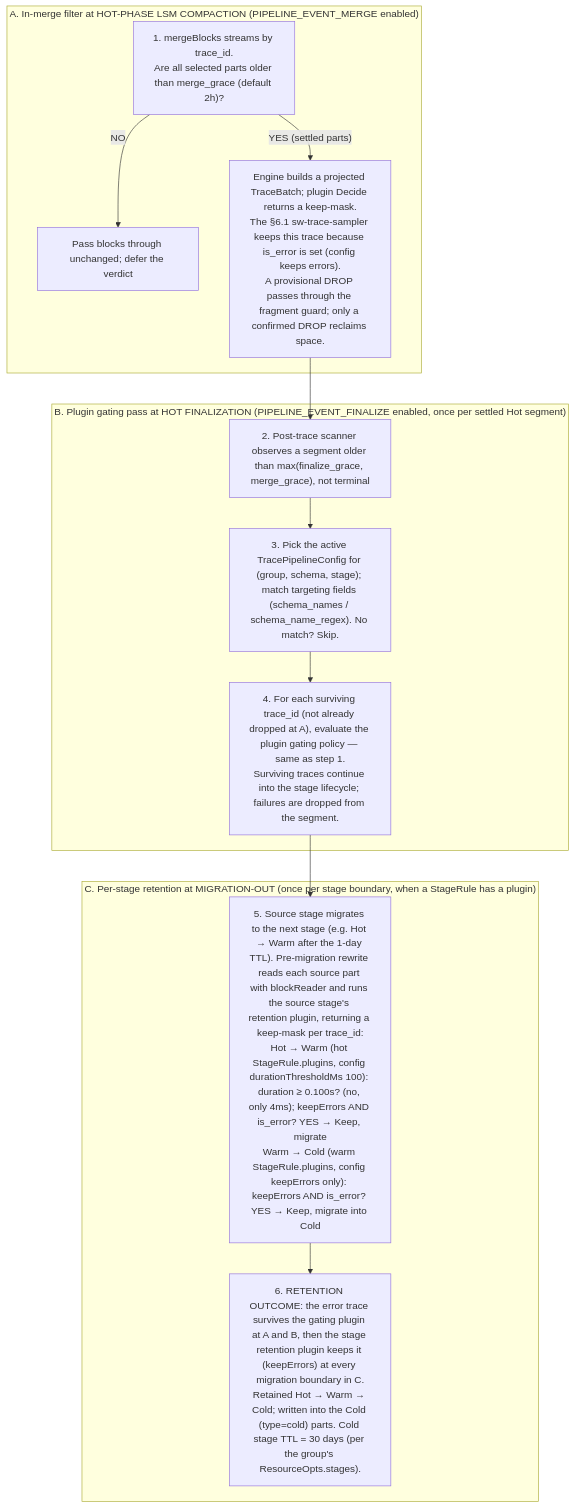
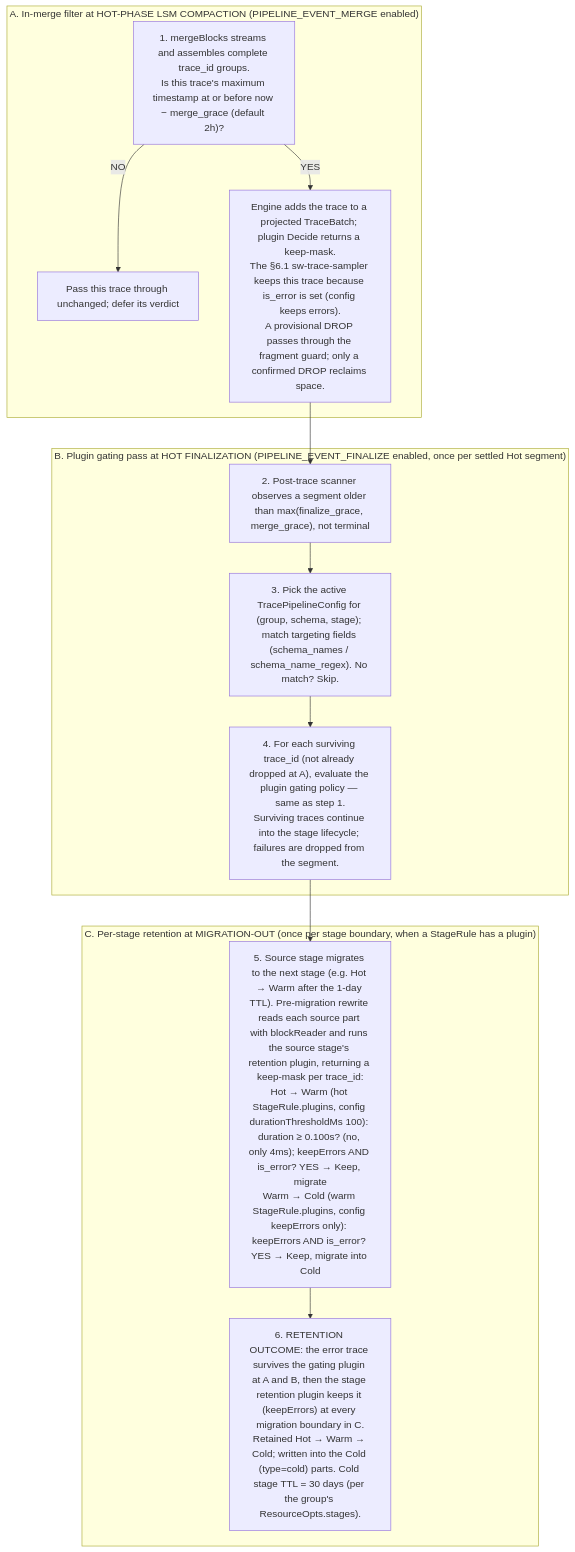
The sixth of 6 diagrams in docs/design/post-trace-pipeline.md (apache/skywalking-banyandb), drawn with Mermaid before and after one commit. The commit also changed other lines of this file and 20 other files, not shown here.

````diff
--- a/docs/design/post-trace-pipeline.md
+++ b/docs/design/post-trace-pipeline.md
@@ -719,19 +722,19 @@
 ```mermaid
 flowchart TD
     subgraph A["A. In-merge filter at HOT-PHASE LSM COMPACTION (PIPELINE_EVENT_MERGE enabled)"]
-        A1["1. mergeBlocks streams by trace_id.<br/>Are all selected parts older than merge_grace (default 2h)?"]
-        A1 -->|"NO"| A2["Pass blocks through unchanged; defer the verdict"]
-        A1 -->|"YES (settled parts)"| A3["Engine builds a projected TraceBatch; plugin Decide returns a keep-mask.<br/>The §6.1 sw-trace-sampler keeps this trace because is_error is set (config keeps errors).<br/>A provisional DROP passes through the fragment guard; only a confirmed DROP reclaims space."]
+        A1["1. mergeBlocks streams and assembles complete trace_id groups.<br/>Is this trace's maximum timestamp at or before now − merge_grace (default 2h)?"]
+        A1 -->|"NO"| A2["Pass this trace through unchanged; defer its verdict"]
+        A1 -->|"YES"| A3["Engine adds the trace to a projected TraceBatch; plugin Decide returns a keep-mask.<br/>The §6.1 sw-trace-sampler keeps this trace because is_error is set (config keeps errors).<br/>A provisional DROP passes through the fragment guard; only a confirmed DROP reclaims space."]
     end
     subgraph B["B. Plugin gating pass at HOT FINALIZATION (PIPELINE_EVENT_FINALIZE enabled, once per settled Hot segment)"]
         B2["2. Post-trace scanner observes a segment older than max(finalize_grace, merge_grace), not terminal"]
         B2 --> B3["3. Pick the active TracePipelineConfig for (group, schema, stage); match targeting fields (schema_names / schema_name_regex). No match? Skip."]
         B3 --> B4["4. For each surviving trace_id (not already dropped at A), evaluate the plugin gating policy — same as step 1.<br/>Surviving traces continue into the stage lifecycle; failures are dropped from the segment."]
     end
     subgraph C["C. Per-stage retention at MIGRATION-OUT (once per stage boundary, when a StageRule has a plugin)"]
         C5["5. Source stage migrates to the next stage (e.g. Hot → Warm after the 1-day TTL). Pre-migration rewrite reads each source part with blockReader and runs the source stage's retention plugin, returning a keep-mask per trace_id:<br/>Hot → Warm (hot StageRule.plugins, config durationThresholdMs 100): duration ≥ 0.100s? (no, only 4ms); keepErrors AND is_error? YES → Keep, migrate<br/>Warm → Cold (warm StageRule.plugins, config keepErrors only): keepErrors AND is_error? YES → Keep, migrate into Cold"]
         C5 --> C6["6. RETENTION OUTCOME: the error trace survives the gating plugin at A and B, then the stage retention plugin keeps it (keepErrors) at every migration boundary in C.<br/>Retained Hot → Warm → Cold; written into the Cold (type=cold) parts. Cold stage TTL = 30 days (per the group's ResourceOpts.stages)."]
     end
     A3 --> B2
     B4 --> C5
 ```
````
